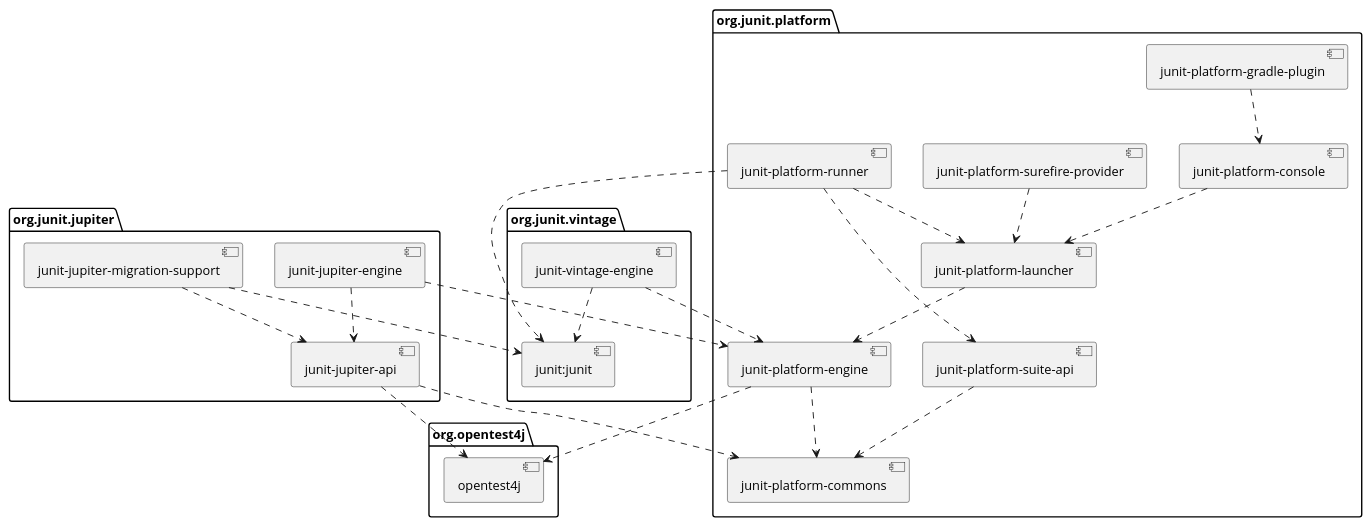
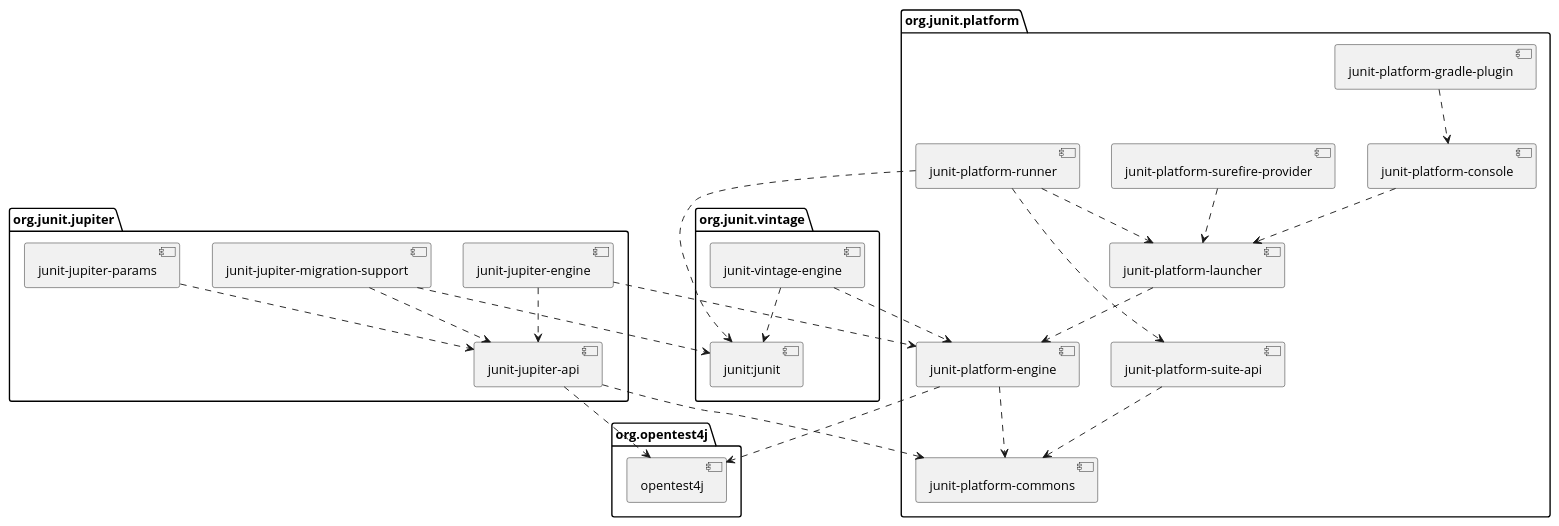
Before and after one commit to junit-team/junit5: the diagram in documentation/src/docs/asciidoc/overview.adoc, drawn with PlantUML. The commit also changed other lines of this file, not shown here.

Commit message:
Document junit-jupiter-params in Dependency Metadata and Diagram
Issue: #14

```diff
--- a/documentation/src/docs/asciidoc/overview.adoc
+++ b/documentation/src/docs/asciidoc/overview.adoc
@@ -122,61 +114,63 @@
 [plantuml, component-diagram, svg]
 ----
 skinparam {
     defaultFontName Open Sans
 }
 
 package org.junit.jupiter {
     [junit-jupiter-api] as jupiterapi
     [junit-jupiter-engine] as jupiterengine
+    [junit-jupiter-params] as jupiter_params
     [junit-jupiter-migration-support] as jupitermigrationsupport
 }
 
 package org.junit.vintage {
     [junit-vintage-engine] as vintage
     [junit:junit] as junit4
 }
 
 package org.junit.platform {
     [junit-platform-commons] as commons
     [junit-platform-console] as console
     [junit-platform-engine] as engine
     [junit-platform-gradle-plugin] as gradle
     [junit-platform-launcher] as launcher
     [junit-platform-runner] as runner
     [junit-platform-suite-api] as suiteapi
     [junit-platform-surefire-provider] as surefire
 }
 
 package org.opentest4j {
     [opentest4j]
 }
 
 jupiterapi ..> opentest4j
 jupiterapi ..> commons
 
 jupiterengine ..> engine
 jupiterengine ..> jupiterapi
 
+jupiter_params ..> jupiterapi
 jupitermigrationsupport ..> jupiterapi
 jupitermigrationsupport ..> junit4
 
 console ..> launcher
 
 gradle ..> console
 
 launcher ..> engine
 
 engine ..> opentest4j
 engine ..> commons
 
 runner ..> launcher
 runner ..> suiteapi
 runner ..> junit4
 
 suiteapi ..> commons
 
 surefire ..> launcher
 
 vintage ..> engine
 vintage ..> junit4
 ----
```
